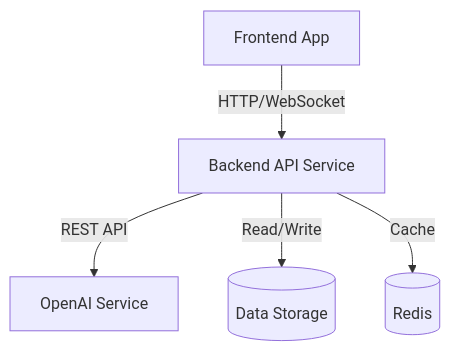
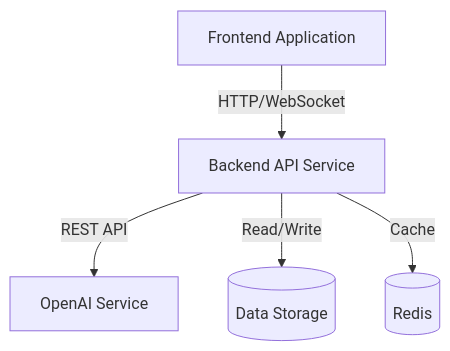
Before and after one commit to xushuhui/zhida: the first of 5 diagrams in docs/technical-design.md, drawn with Mermaid. The commit also changed other lines of this file and 39 other files, not shown here.

````diff
--- a/docs/technical-design.md
+++ b/docs/technical-design.md
@@ -240,7 +11,7 @@
 ```mermaid
 graph TD
-    A[Frontend App] -->|HTTP/WebSocket| B[Backend API Service]
+    A[Frontend Application] -->|HTTP/WebSocket| B[Backend API Service]
     B -->|REST API| C[OpenAI Service]
     B -->|Read/Write| D[(Data Storage)]
     B -->|Cache| E[(Redis)]
 ```
````
